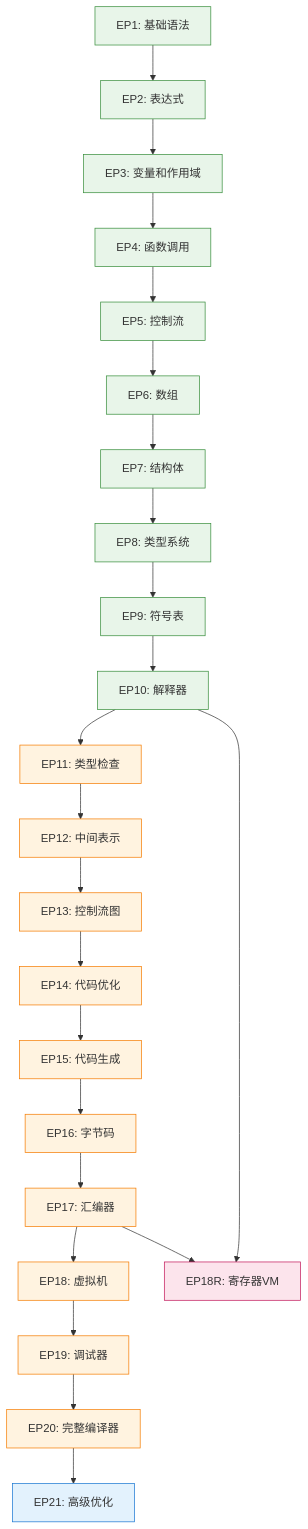
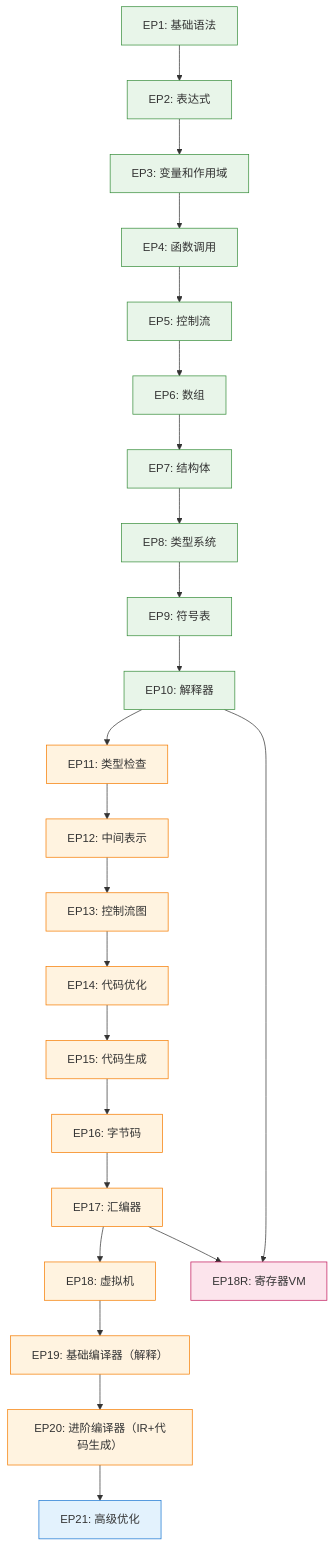
The diagram in docs/master-memory/MAIN.md (whtoo/How_to_implment_PL_in_Antlr4), drawn with Mermaid before and after one commit. The commit also changed other lines of this file and 2 other files, not shown here.

Commit message:
fix: 修正EP19描述不一致问题并创建专属记忆
- 更新主控记忆(MAIN.md)中的EP19定位：从"调试器"修正为"基础编译器（解释）"
- 创建EP19专属记忆文件(docs/ep-memory/EP19.md) (~450行)
- 更新CLAUDE.md版本(v2.0→v2.1)和EP19信息
- 添加EP19与EP20功能划分和集成策略章节
- 更新重构状态追踪：EP19.md已创建，剩余18/21 EP待创建

🤖 Generated with [Claude Code](https://claude.com/claude-code)

````diff
--- a/docs/master-memory/MAIN.md
+++ b/docs/master-memory/MAIN.md
@@ -66,42 +66,42 @@
 ```mermaid
 graph TD
     %% 基础层
     EP1[EP1: 基础语法] --> EP2[EP2: 表达式]
     EP2 --> EP3[EP3: 变量和作用域]
     EP3 --> EP4[EP4: 函数调用]
     EP4 --> EP5[EP5: 控制流]
     EP5 --> EP6[EP6: 数组]
     EP6 --> EP7[EP7: 结构体]
     EP7 --> EP8[EP8: 类型系统]
     EP8 --> EP9[EP9: 符号表]
     EP9 --> EP10[EP10: 解释器]
     
     %% 编译器核心层
     EP10 --> EP11[EP11: 类型检查]
     EP11 --> EP12[EP12: 中间表示]
     EP12 --> EP13[EP13: 控制流图]
     EP13 --> EP14[EP14: 代码优化]
     EP14 --> EP15[EP15: 代码生成]
     EP15 --> EP16[EP16: 字节码]
     EP16 --> EP17[EP17: 汇编器]
     EP17 --> EP18[EP18: 虚拟机]
     
     %% 高级优化层
-    EP18 --> EP19[EP19: 调试器]
-    EP19 --> EP20[EP20: 完整编译器]
+    EP18 --> EP19[EP19: 基础编译器（解释）]
+    EP19 --> EP20[EP20: 进阶编译器（IR+代码生成）]
     EP20 --> EP21[EP21: 高级优化]
     
     %% 特殊分支
     EP10 --> EP18R[EP18R: 寄存器VM]
     EP17 --> EP18R
     
     classDef foundation fill:#E8F5E9,stroke:#388E3C
     classDef core fill:#FFF3E0,stroke:#F57C00
     classDef advanced fill:#E3F2FD,stroke:#1976D2
     classDef special fill:#FCE4EC,stroke:#C2185B
     
     class EP1,EP2,EP3,EP4,EP5,EP6,EP7,EP8,EP9,EP10 foundation
     class EP11,EP12,EP13,EP14,EP15,EP16,EP17,EP18,EP19,EP20 core
     class EP21 advanced
     class EP18R special
 ```
````
